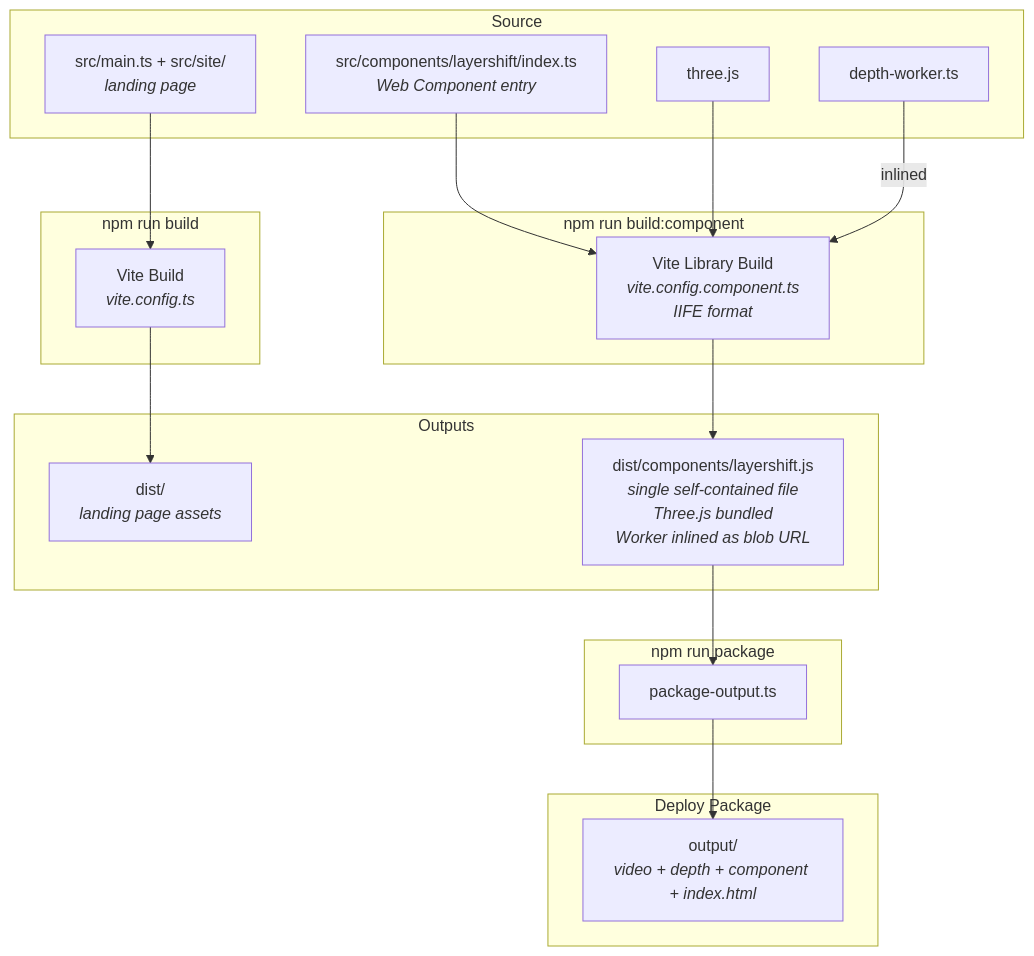
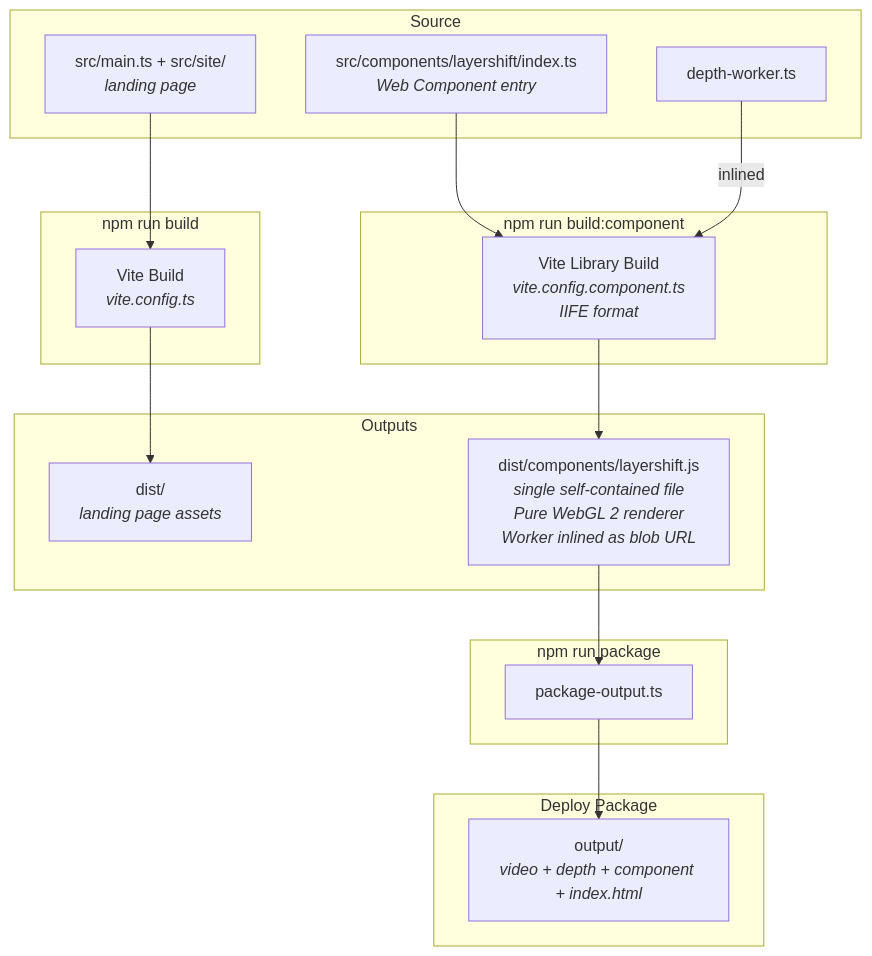
Before and after one commit to jeremysykes/layershift: the diagram in docs/diagrams/build-system.md, drawn with Mermaid. The commit also changed 6 other files, not shown here.

First line of the commit message:
docs: update all references from Three.js to pure WebGL 2

````diff
--- a/docs/diagrams/build-system.md
+++ b/docs/diagrams/build-system.md
@@ -7,37 +7,35 @@
 ```mermaid
 flowchart TD
     subgraph "Source"
         SRC_SITE["src/main.ts + src/site/<br/><i>landing page</i>"]
         SRC_COMP["src/components/layershift/index.ts<br/><i>Web Component entry</i>"]
-        THREEJS["three.js"]
         WORKER_SRC["depth-worker.ts"]
     end
 
     subgraph "npm run build"
         BUILD_SITE["Vite Build<br/><i>vite.config.ts</i>"]
     end
 
     subgraph "npm run build:component"
         BUILD_COMP["Vite Library Build<br/><i>vite.config.component.ts</i><br/><i>IIFE format</i>"]
     end
 
     subgraph "Outputs"
         DIST_SITE["dist/<br/><i>landing page assets</i>"]
-        DIST_COMP["dist/components/layershift.js<br/><i>single self-contained file</i><br/><i>Three.js bundled</i><br/><i>Worker inlined as blob URL</i>"]
+        DIST_COMP["dist/components/layershift.js<br/><i>single self-contained file</i><br/><i>Pure WebGL 2 renderer</i><br/><i>Worker inlined as blob URL</i>"]
     end
 
     SRC_SITE --> BUILD_SITE --> DIST_SITE
     SRC_COMP --> BUILD_COMP --> DIST_COMP
-    THREEJS --> BUILD_COMP
     WORKER_SRC -->|inlined| BUILD_COMP
 
     subgraph "npm run package"
         PACKAGE["package-output.ts"]
     end
 
     subgraph "Deploy Package"
         OUTPUT["output/<br/><i>video + depth + component + index.html</i>"]
     end
 
     DIST_COMP --> PACKAGE --> OUTPUT
 ```
````
